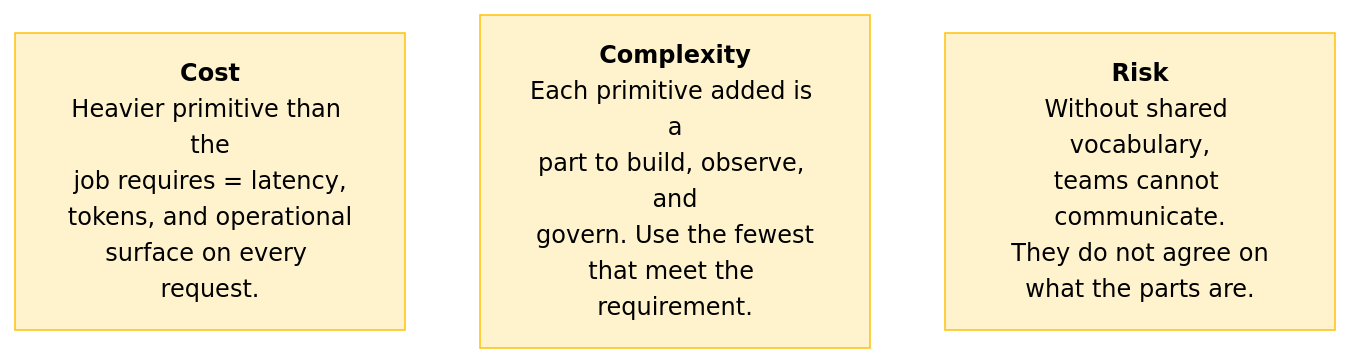
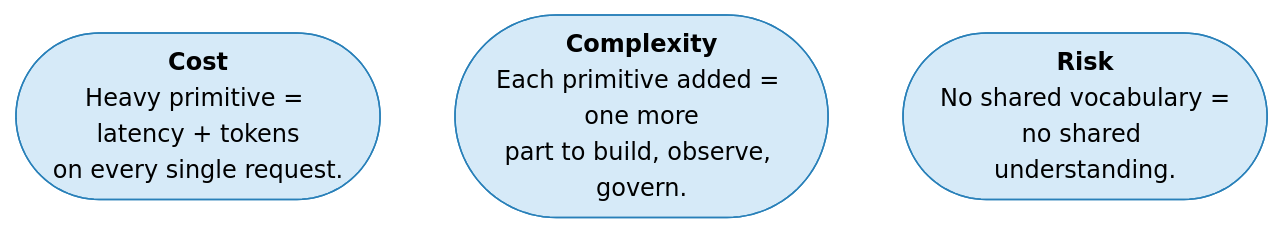
One commit to shreyabaid007/Claude-Certified-Architect changed the fifth of 6 diagrams in Professional/01-Claude-Platform-and-Solution-Design/02-Platform-Map-and-Primitives.md. Above: the diagram before and after it, drawn with Mermaid. The commit also changed other lines of this file and 1 other file, not shown here.

Commit message:
Restyle Cost/Complexity/Risk as blue pill-shaped cards with punchy text
Blue stadium-shaped nodes make these sections visually distinct from
yellow concept cards and green action cards. Text cut to one punchy
sentence per card for fast scanning.

````diff
--- a/Professional/01-Claude-Platform-and-Solution-Design/02-Platform-Map-and-Primitives.md
+++ b/Professional/01-Claude-Platform-and-Solution-Design/02-Platform-Map-and-Primitives.md
@@ -132,10 +132,10 @@
 ```mermaid
 flowchart LR
-    classDef concept fill:#fff3cd,stroke:#ffc107,color:#000
+    classDef risk fill:#d6eaf8,stroke:#2980b9,color:#000
 
-    C["<b>Cost</b><br/>Heavier primitive than the<br/>job requires = latency,<br/>tokens, and operational<br/>surface on every request."]:::concept
-    X["<b>Complexity</b><br/>Each primitive added is a<br/>part to build, observe, and<br/>govern. Use the fewest<br/>that meet the requirement."]:::concept
-    R["<b>Risk</b><br/>Without shared vocabulary,<br/>teams cannot communicate.<br/>They do not agree on<br/>what the parts are."]:::concept
+    C(["<b>Cost</b><br/>Heavy primitive = latency + tokens<br/>on every single request."]):::risk
+    X(["<b>Complexity</b><br/>Each primitive added = one more<br/>part to build, observe, govern."]):::risk
+    R(["<b>Risk</b><br/>No shared vocabulary =<br/>no shared understanding."]):::risk
 
     C ~~~ X ~~~ R
 ```
````
